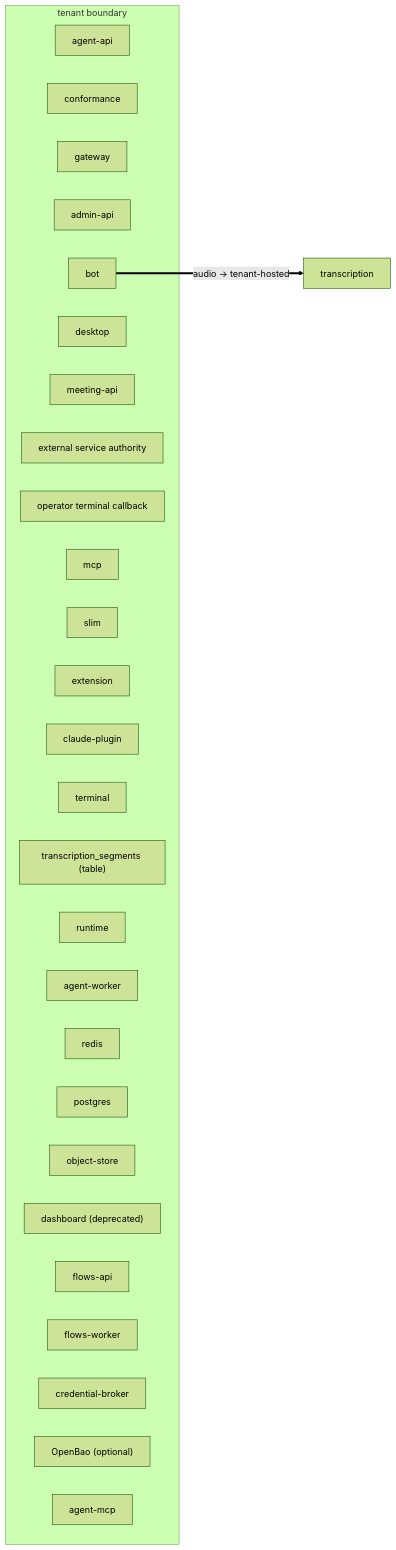
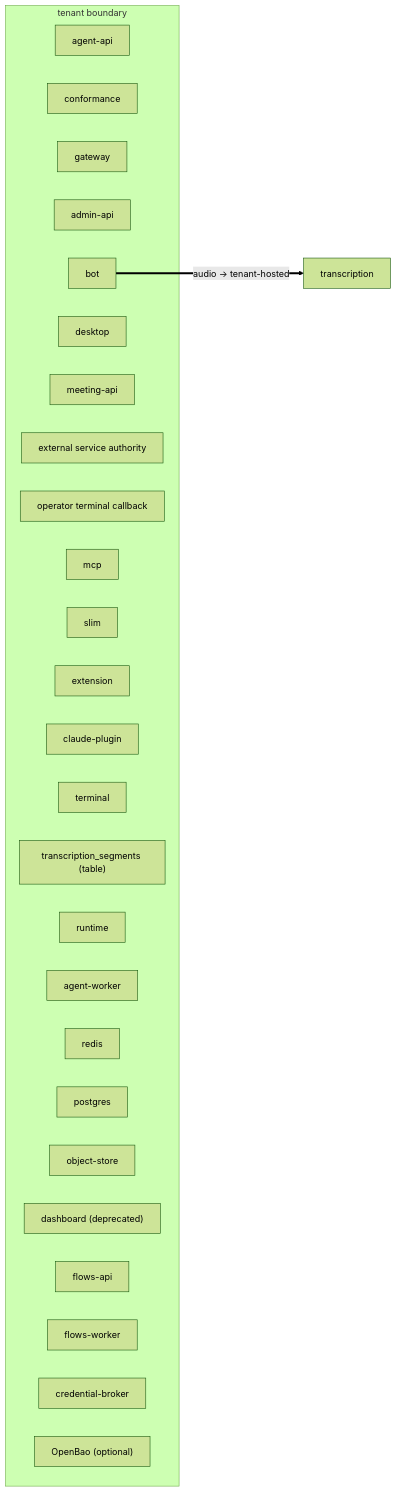
One commit to Vexa-ai/vexa changed the diagram in docs/views/egress.mmd. Above: the diagram before and after it, drawn with Mermaid (forest theme). The commit also changed 24 other files, not shown here.

```diff
--- a/docs/views/egress.mmd
+++ b/docs/views/egress.mmd
@@ -1,32 +1,31 @@
 %% GENERATED — pnpm arch:dsl --write
 flowchart LR
   subgraph tenant["tenant boundary"]
     agent_api["agent-api"]
     conformance["conformance"]
     gateway["gateway"]
     admin_api["admin-api"]
     bot["bot"]
     desktop["desktop"]
     meeting_api["meeting-api"]
     service_authority["external service authority"]
     system_webhook["operator terminal callback"]
     mcp["mcp"]
     slim["slim"]
     extension["extension"]
     claude_plugin["claude-plugin"]
     terminal["terminal"]
     segments_table["transcription_segments (table)"]
     runtime["runtime"]
     agent_worker["agent-worker"]
     redis["redis"]
     postgres["postgres"]
     object_store["object-store"]
     dashboard["dashboard (deprecated)"]
     flows_api["flows-api"]
     flows_worker["flows-worker"]
     credentials_broker["credential-broker"]
     credentials_vault["OpenBao (optional)"]
-    agent_mcp["agent-mcp"]
   end
   transcription["transcription"]
   bot ==>|"audio -> tenant-hosted"| transcription
```
